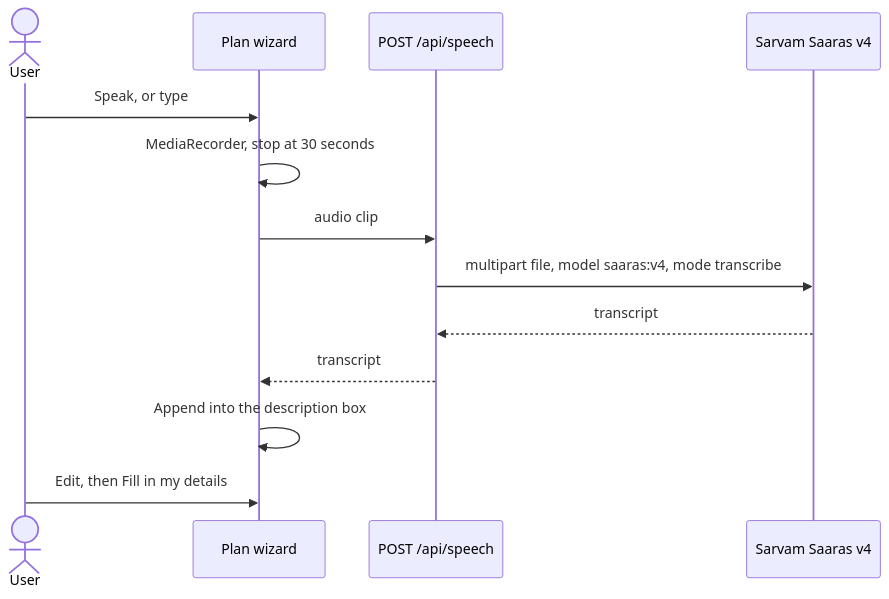
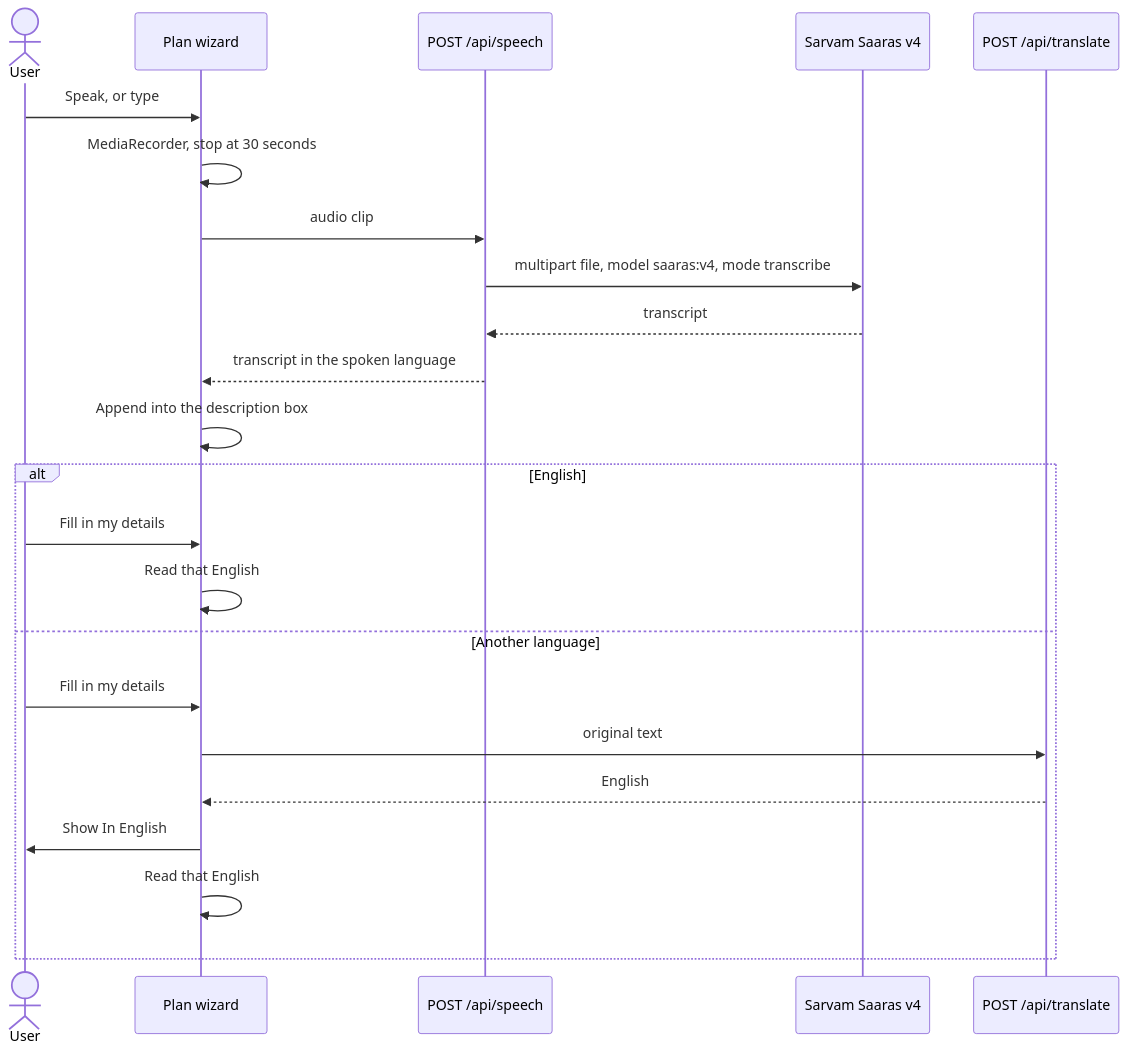
One commit to DeepakAg1234/dubai-multiagent-travel-planner changed the third of 3 diagrams in docs/architecture.md. Above: the diagram before and after it, drawn with Mermaid. The commit also changed other lines of this file and 10 other files, not shown here.

Commit message:
Read trip details from English, translating other languages with Sarvam first.

````diff
--- a/docs/architecture.md
+++ b/docs/architecture.md
@@ -495,16 +495,26 @@
 ```mermaid
 sequenceDiagram
     actor User
     participant UI as Plan wizard
     participant Speech as POST /api/speech
     participant Sarvam as Sarvam Saaras v4
+    participant Translate as POST /api/translate
 
     User->>UI: Speak, or type
     UI->>UI: MediaRecorder, stop at 30 seconds
     UI->>Speech: audio clip
     Speech->>Sarvam: multipart file, model saaras:v4, mode transcribe
     Sarvam-->>Speech: transcript
-    Speech-->>UI: transcript
+    Speech-->>UI: transcript in the spoken language
     UI->>UI: Append into the description box
-    User->>UI: Edit, then Fill in my details
+    alt English
+        User->>UI: Fill in my details
+        UI->>UI: Read that English
+    else Another language
+        User->>UI: Fill in my details
+        UI->>Translate: original text
+        Translate-->>UI: English
+        UI->>User: Show In English
+        UI->>UI: Read that English
+    end
 ```
````
